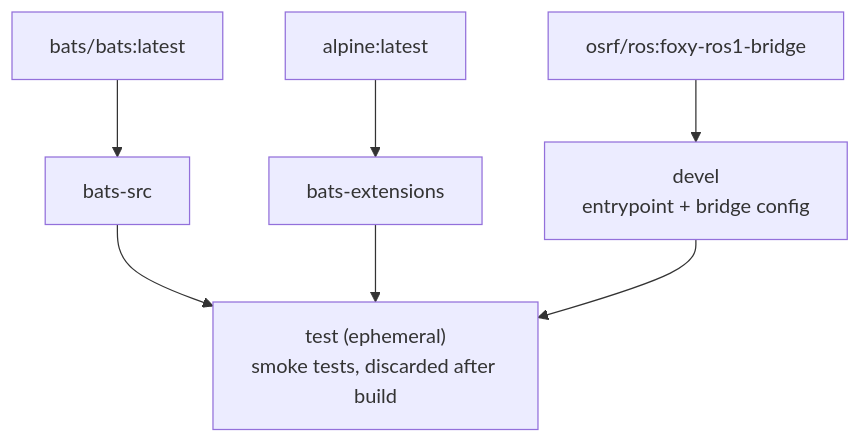
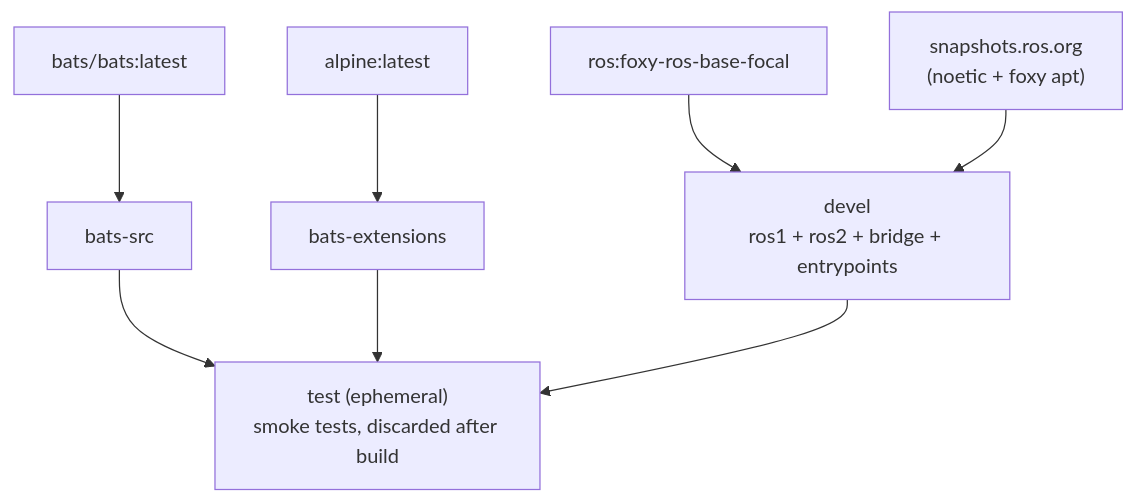
The diagram in README.md (ycpss91255-docker/ros1_bridge), drawn with Mermaid before and after one commit. The commit also changed other lines of this file and 8 other files, not shown here.

First line of the commit message:
feat: rebuild devel stage from ros:foxy-ros-base-focal for Jetson (arm64) support

````diff
--- a/README.md
+++ b/README.md
@@ -99,16 +101,18 @@
 ```mermaid
 graph TD
     EXT1["bats/bats:latest"]
     EXT2["alpine:latest"]
-    EXT3["osrf/ros:foxy-ros1-bridge"]
+    EXT3["ros:foxy-ros-base-focal"]
+    EXT4["snapshots.ros.org\n(noetic + foxy apt)"]
 
     EXT1 --> bats-src["bats-src"]
     EXT2 --> bats-ext["bats-extensions"]
 
-    EXT3 --> devel["devel\nentrypoint + bridge config"]
+    EXT3 --> devel["devel\nros1 + ros2 + bridge + entrypoints"]
+    EXT4 --> devel
 
     bats-src --> test["test (ephemeral)\nsmoke tests, discarded after build"]
     bats-ext --> test
     devel --> test
 
 ```
````
